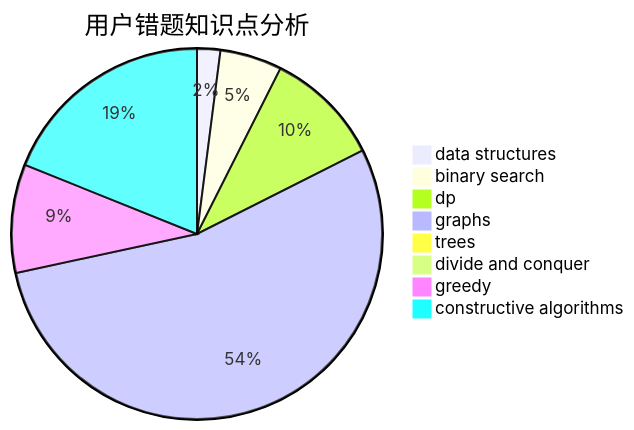
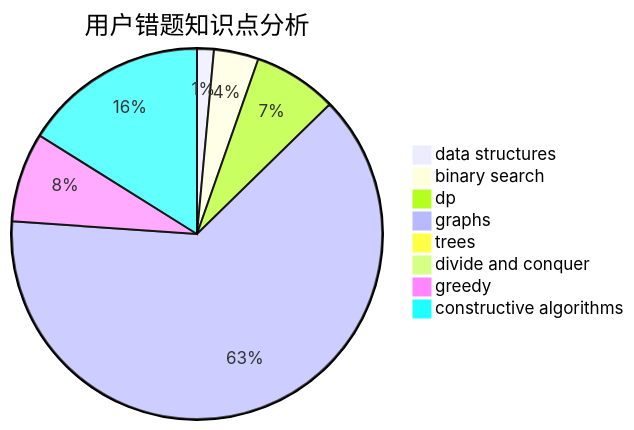
One commit to sherpahu/cfrs.github.io changed the third of 3 diagrams in docs/user/u1499.md. Above: the diagram before and after it, drawn with Mermaid. The commit also changed other lines of this file and 2770 other files, not shown here.

````diff
--- a/docs/user/u1499.md
+++ b/docs/user/u1499.md
@@ -36,11 +36,11 @@
 ```mermaid
 pie title 用户错题知识点分析
     "data structures" :  3
     "binary search" :  8
     "dp" :  15
-    "graphs" :  80
+    "graphs" :  130
     "trees" :  0
     "divide and conquer" :  0
-    "greedy" :  14
-    "constructive algorithms" :  28
+    "greedy" :  16
+    "constructive algorithms" :  33
 ```
````
